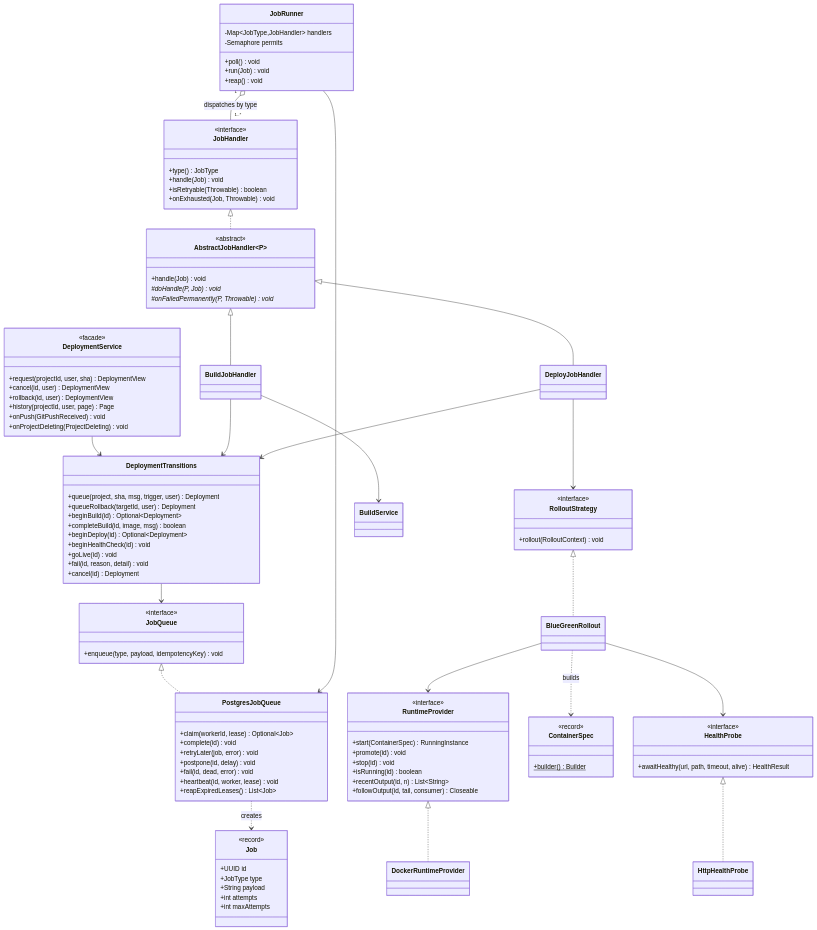
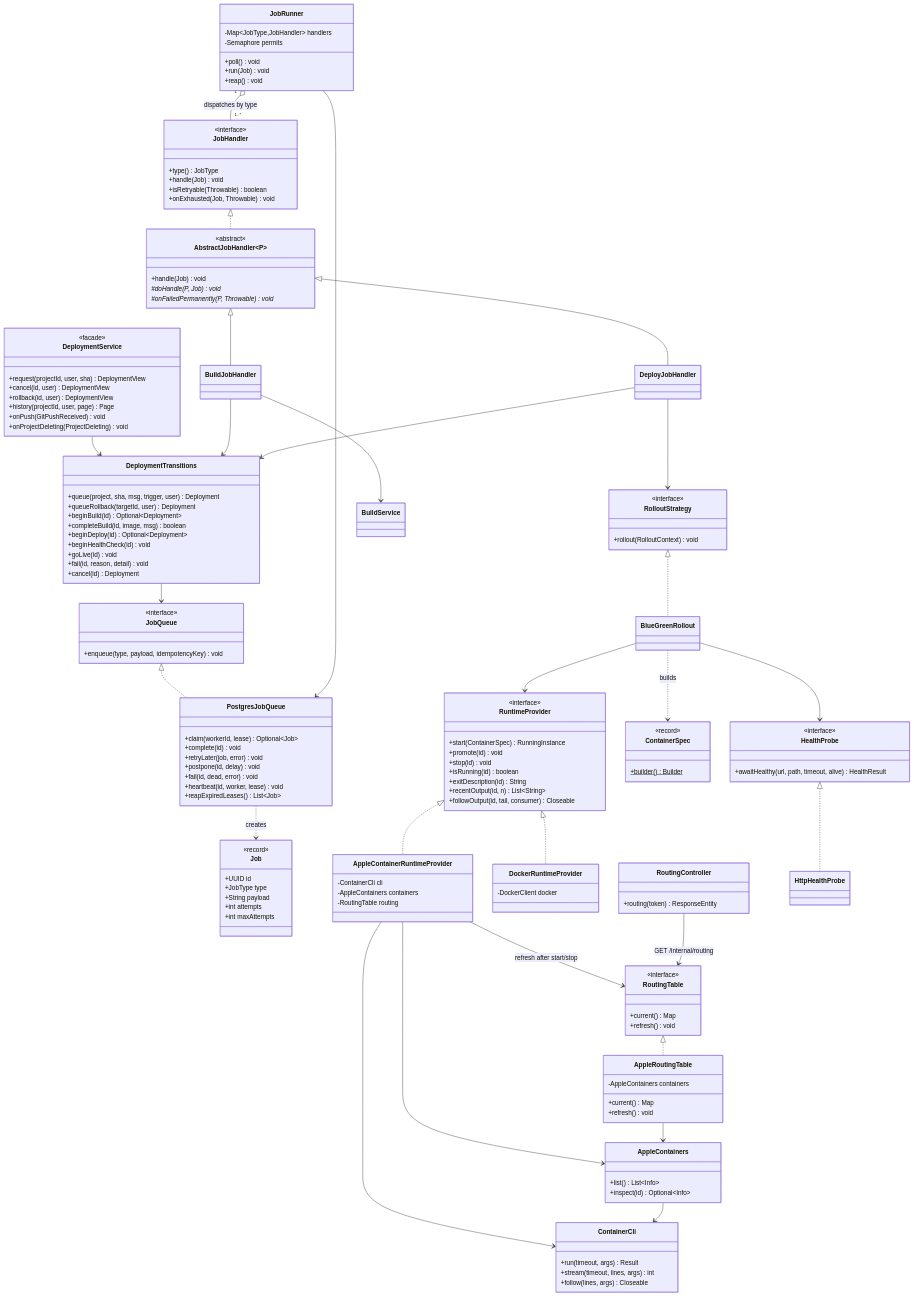
One commit to sshivanshg/forge changed the third of 4 diagrams in docs/03-class-design.md. Above: the diagram before and after it, drawn with Mermaid. The commit also changed other lines of this file and 11 other files, not shown here.

First line of the commit message:
docs: describe Apple container as the default engine (D-004)

````diff
--- a/docs/03-class-design.md
+++ b/docs/03-class-design.md
@@ -345,10 +361,40 @@
         +promote(id) void
         +stop(id) void
         +isRunning(id) boolean
+        +exitDescription(id) String
         +recentOutput(id, n) List~String~
         +followOutput(id, tail, consumer) Closeable
     }
-    class DockerRuntimeProvider
+    class AppleContainerRuntimeProvider {
+        -ContainerCli cli
+        -AppleContainers containers
+        -RoutingTable routing
+    }
+    class DockerRuntimeProvider {
+        -DockerClient docker
+    }
+    class RoutingTable {
+        <<interface>>
+        +current() Map
+        +refresh() void
+    }
+    class AppleRoutingTable {
+        -AppleContainers containers
+        +current() Map
+        +refresh() void
+    }
+    class AppleContainers {
+        +list() List~Info~
+        +inspect(id) Optional~Info~
+    }
+    class ContainerCli {
+        +run(timeout, args) Result
+        +stream(timeout, lines, args) int
+        +follow(lines, args) Closeable
+    }
+    class RoutingController {
+        +routing(token) ResponseEntity
+    }
     class ContainerSpec {
         <<record>>
         +builder()$ Builder
@@ -385,6 +431,14 @@
     BlueGreenRollout --> RuntimeProvider
     BlueGreenRollout --> HealthProbe
     BlueGreenRollout ..> ContainerSpec : builds
+    RuntimeProvider <|.. AppleContainerRuntimeProvider
     RuntimeProvider <|.. DockerRuntimeProvider
+    AppleContainerRuntimeProvider --> ContainerCli
+    AppleContainerRuntimeProvider --> AppleContainers
+    AppleContainerRuntimeProvider --> RoutingTable : refresh after start/stop
+    RoutingTable <|.. AppleRoutingTable
+    AppleRoutingTable --> AppleContainers
+    AppleContainers --> ContainerCli
+    RoutingController --> RoutingTable : GET /internal/routing
     HealthProbe <|.. HttpHealthProbe
 ```
````
